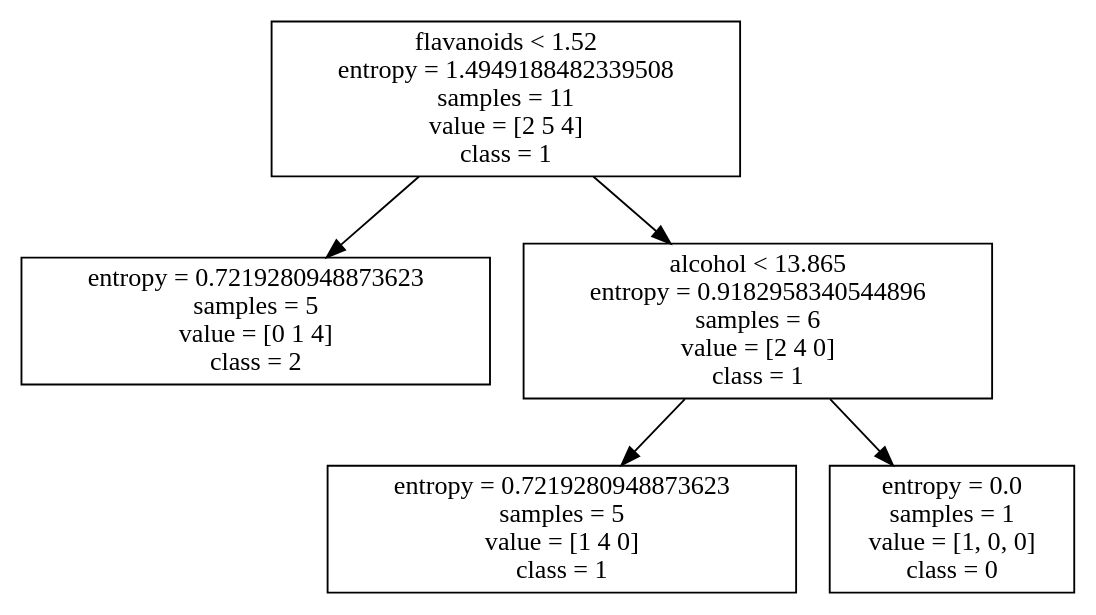
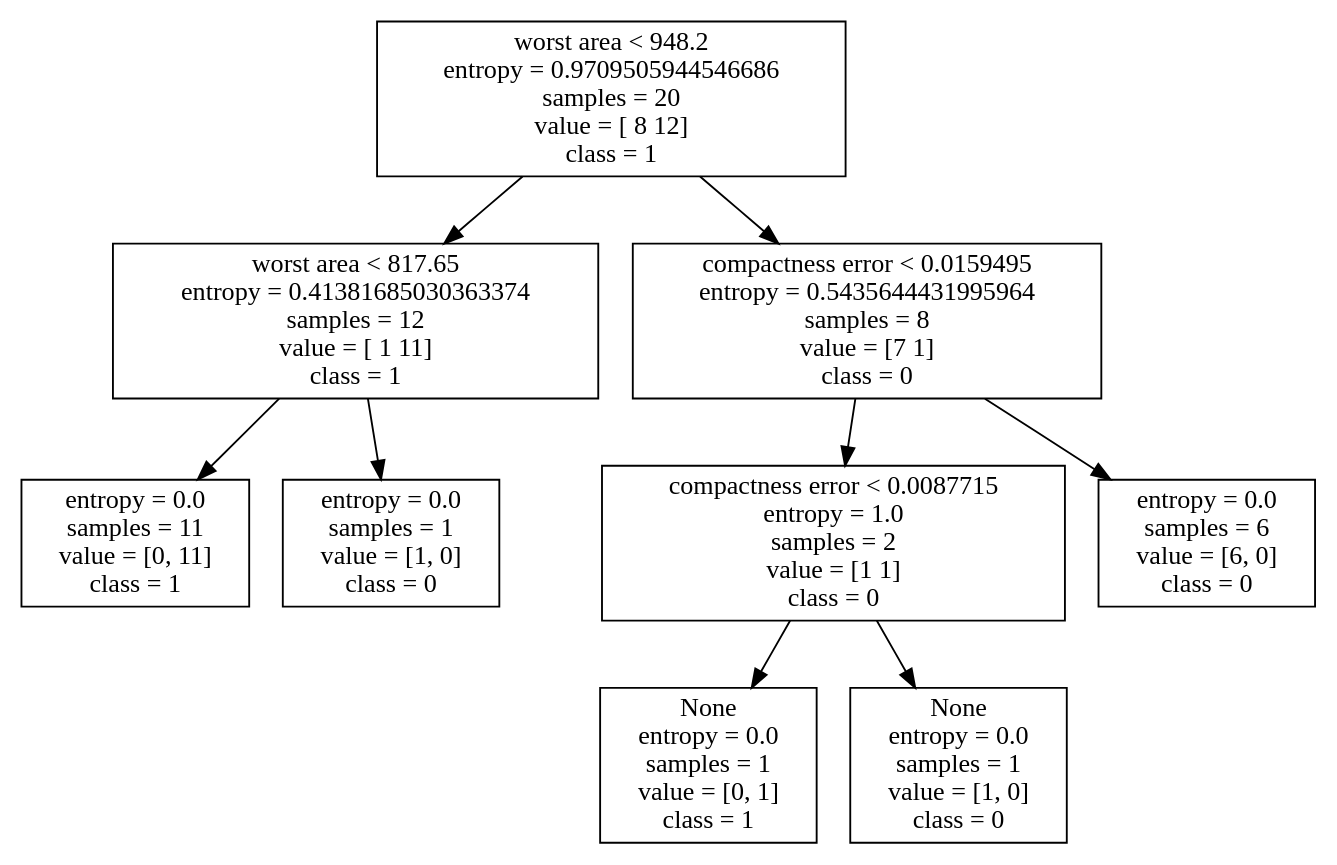
Before and after one commit to gomljo/DecisionTreeForPaper: the diagram in result/my log file/_result3.dot, drawn with Graphviz. The commit also changed 38 other files, not shown here.

Commit message:
change empty node to None

```diff
--- a/result/my log file/_result3.dot
+++ b/result/my log file/_result3.dot
@@ -1,15 +1,27 @@
 digraph Tree {
-node [shape=box] ;0[label="flavanoids < 1.52\nentropy = 1.4949188482339508\nsamples = 11\nvalue = [2 5 4]\nclass = 1"] ;
-1[label="entropy = 0.7219280948873623\nsamples = 5\nvalue = [0 1 4]\nclass = 2"] ;
+node [shape=box] ;0[label="worst area < 948.2\nentropy = 0.9709505944546686\nsamples = 20\nvalue = [ 8 12]\nclass = 1"] ;
+1[label="worst area < 817.65\nentropy = 0.41381685030363374\nsamples = 12\nvalue = [ 1 11]\nclass = 1"] ;
 0 -> 1 ;
 
-2[label="alcohol < 13.865\nentropy = 0.9182958340544896\nsamples = 6\nvalue = [2 4 0]\nclass = 1"] ;
-0 -> 2 ;
+2[label="entropy = 0.0\nsamples = 11\nvalue = [0, 11]\nclass = 1"] ;
+1 -> 2 ;
 
-3[label="entropy = 0.7219280948873623\nsamples = 5\nvalue = [1 4 0]\nclass = 1"] ;
-2 -> 3 ;
+3[label="entropy = 0.0\nsamples = 1\nvalue = [1, 0]\nclass = 0"] ;
+1 -> 3 ;
 
-4[label="entropy = 0.0\nsamples = 1\nvalue = [1, 0, 0]\nclass = 0"] ;
-2 -> 4 ;
+4[label="compactness error < 0.0159495\nentropy = 0.5435644431995964\nsamples = 8\nvalue = [7 1]\nclass = 0"] ;
+0 -> 4 ;
+
+5[label="compactness error < 0.0087715\nentropy = 1.0\nsamples = 2\nvalue = [1 1]\nclass = 0"] ;
+4 -> 5 ;
+
+6[label="None\nentropy = 0.0\nsamples = 1\nvalue = [0, 1]\nclass = 1"] ;
+5 -> 6 ;
+
+7[label="None\nentropy = 0.0\nsamples = 1\nvalue = [1, 0]\nclass = 0"] ;
+5 -> 7 ;
+
+8[label="entropy = 0.0\nsamples = 6\nvalue = [6, 0]\nclass = 0"] ;
+4 -> 8 ;
 
 }
```
